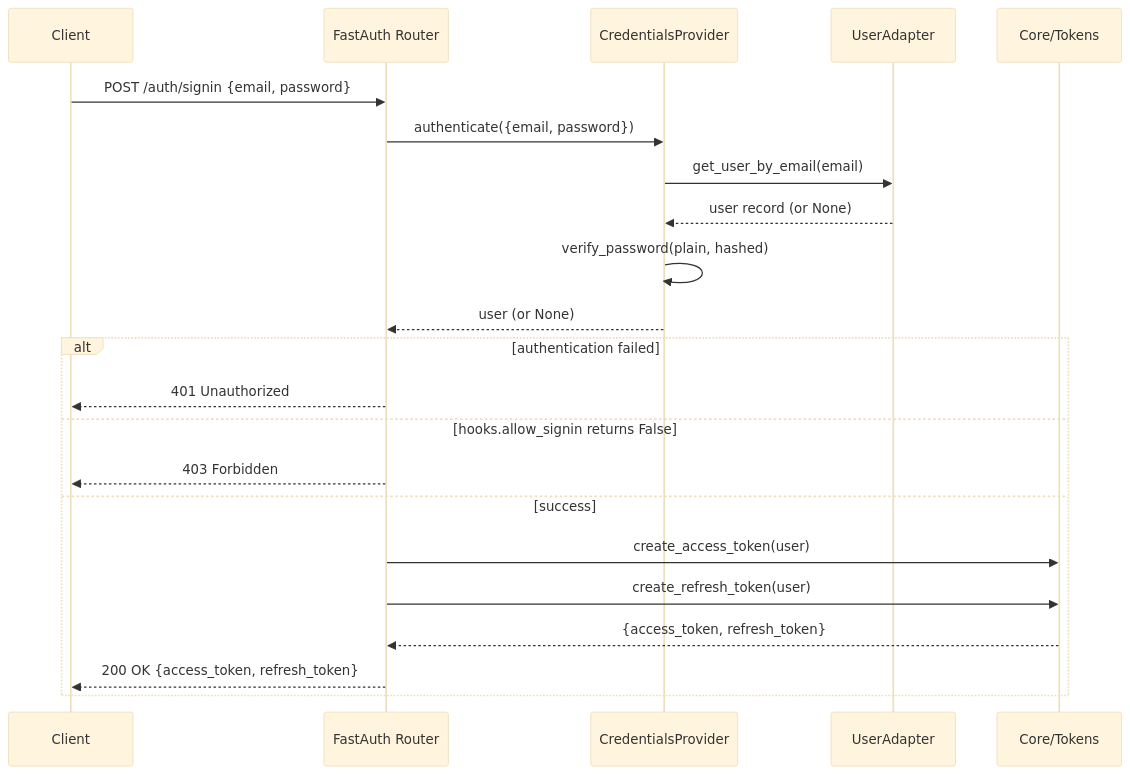
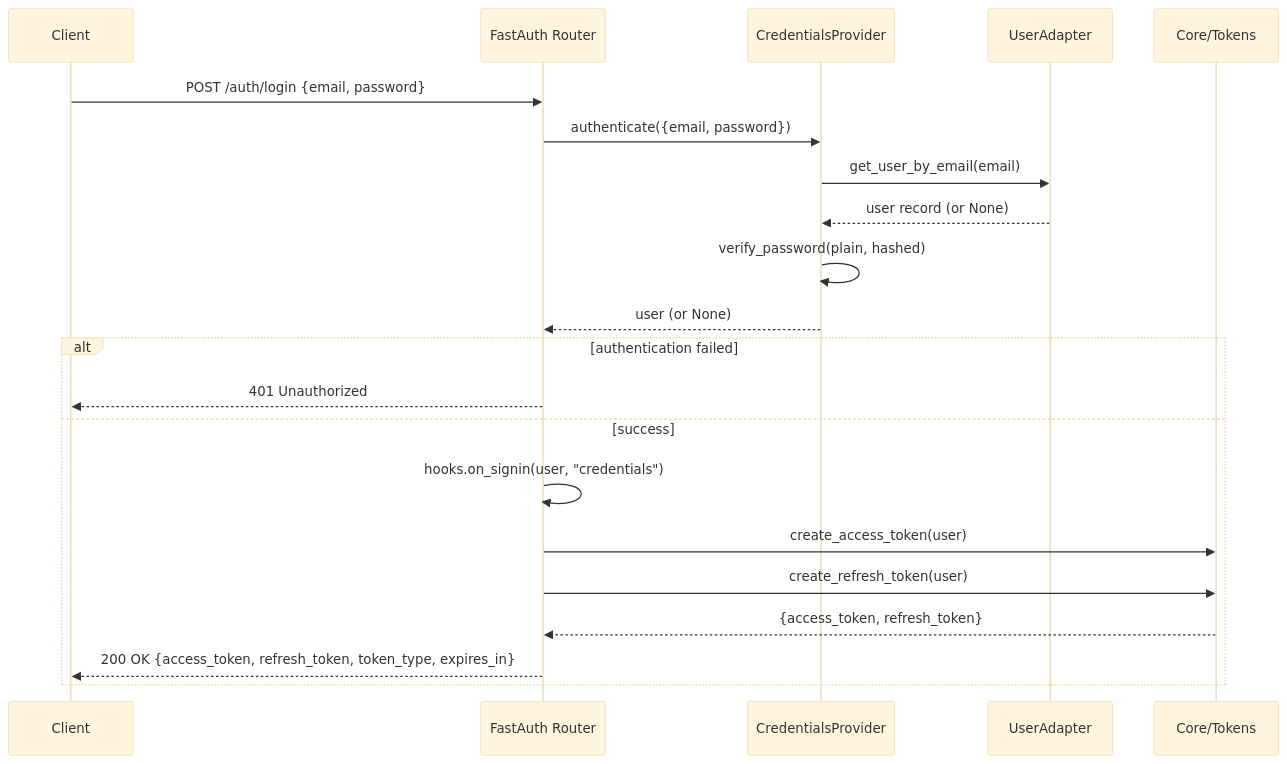
The second of 3 diagrams in docs/concepts/how-it-works.md (sreekarnv/fastauth), drawn with Mermaid (base theme) before and after one commit. The commit also changed other lines of this file and 20 other files, not shown here.

````diff
--- a/docs/concepts/how-it-works.md
+++ b/docs/concepts/how-it-works.md
@@ -63,26 +65,25 @@
 ```mermaid
 sequenceDiagram
     participant C as Client
     participant FA as FastAuth Router
     participant P as CredentialsProvider
     participant A as UserAdapter
     participant T as Core/Tokens
 
-    C->>FA: POST /auth/signin {email, password}
+    C->>FA: POST /auth/login {email, password}
     FA->>P: authenticate({email, password})
     P->>A: get_user_by_email(email)
     A-->>P: user record (or None)
     P->>P: verify_password(plain, hashed)
     P-->>FA: user (or None)
 
     alt authentication failed
         FA-->>C: 401 Unauthorized
-    else hooks.allow_signin returns False
-        FA-->>C: 403 Forbidden
     else success
+        FA->>FA: hooks.on_signin(user, "credentials")
         FA->>T: create_access_token(user)
         FA->>T: create_refresh_token(user)
         T-->>FA: {access_token, refresh_token}
-        FA-->>C: 200 OK {access_token, refresh_token}
+        FA-->>C: 200 OK {access_token, refresh_token, token_type, expires_in}
     end
 ```
````
